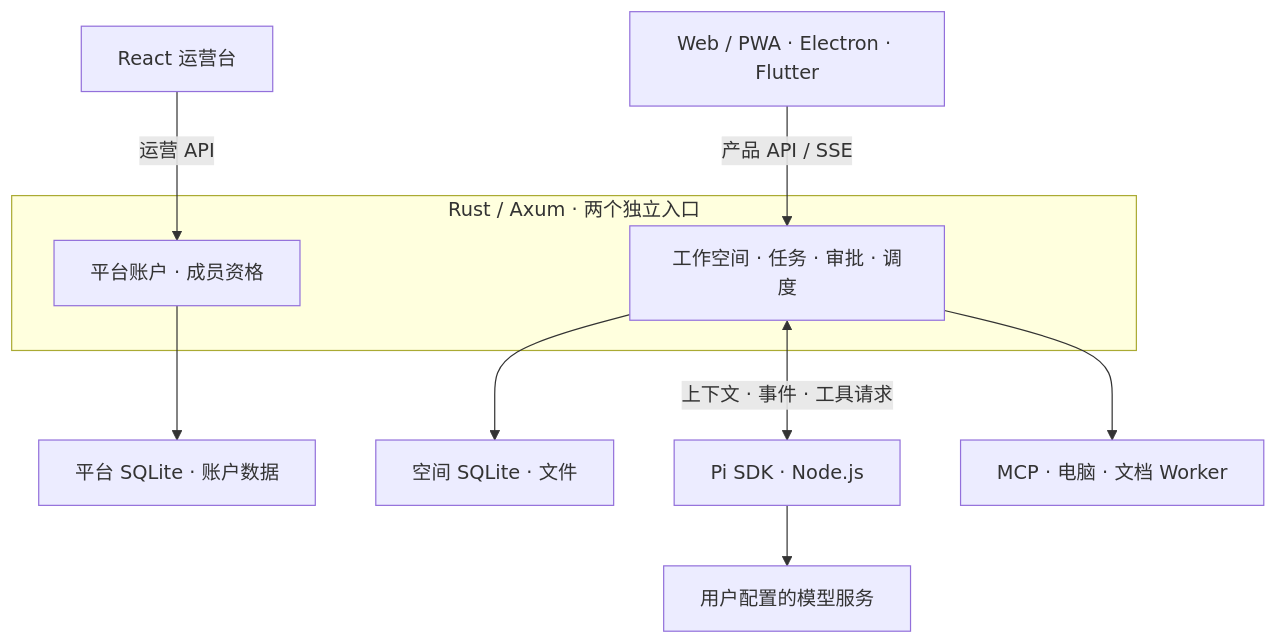
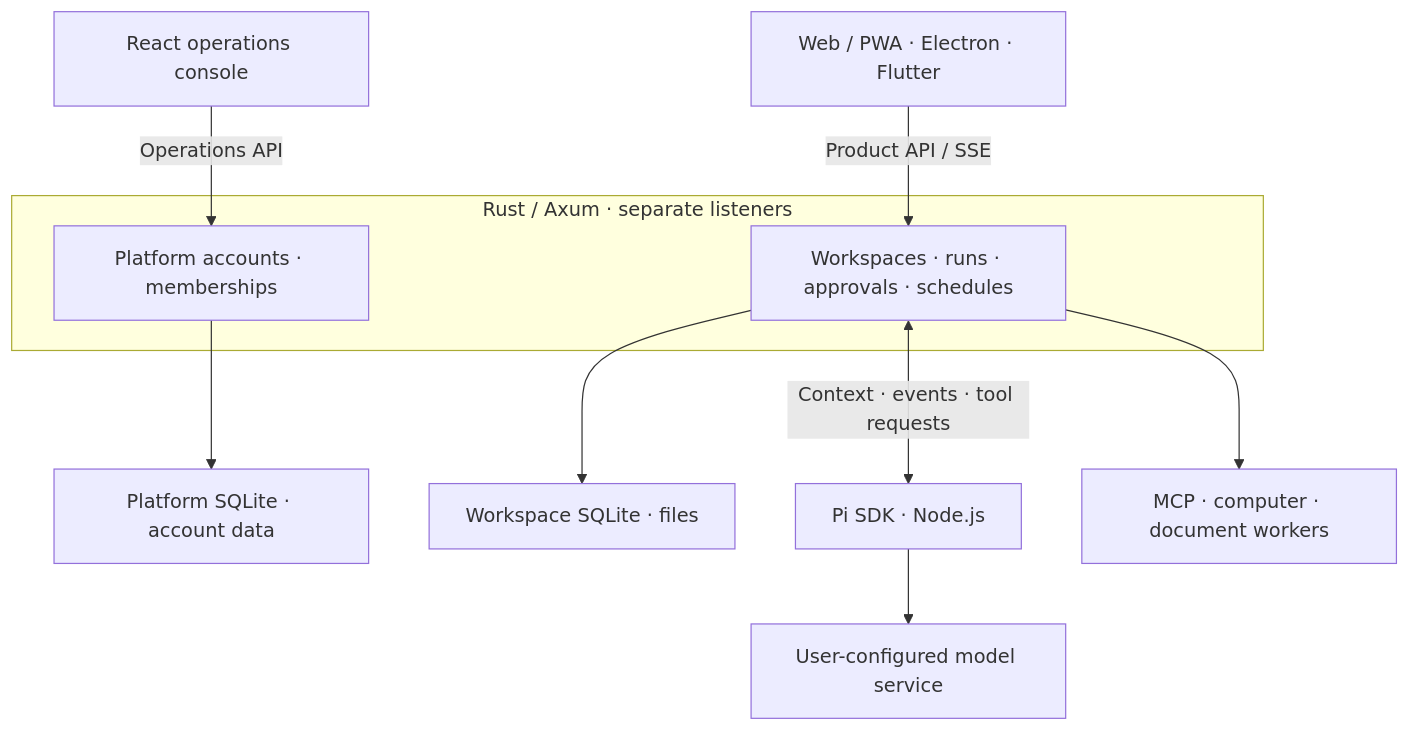
Before and after one commit to zhiruiai/BambooShift: the diagram in README.md, drawn with Mermaid. The commit also changed other lines of this file and 10 other files, not shown here.

````diff
--- a/README.md
+++ b/README.md
@@ -132,14 +132,14 @@
 ```mermaid
 flowchart TB
-    Clients["Web / PWA · Electron · Flutter"] -->|"产品 API / SSE"| Workspace
-    Operations["React 运营台"] -->|"运营 API"| Platform
-    subgraph Backend["Rust / Axum · 两个独立入口"]
-        Workspace["工作空间 · 任务 · 审批 · 调度"]
-        Platform["平台账户 · 成员资格"]
+    Clients["Web / PWA · Electron · Flutter"] -->|"Product API / SSE"| Workspace
+    Operations["React operations console"] -->|"Operations API"| Platform
+    subgraph Backend["Rust / Axum · separate listeners"]
+        Workspace["Workspaces · runs · approvals · schedules"]
+        Platform["Platform accounts · memberships"]
     end
-    Workspace --> WorkData["空间 SQLite · 文件"]
-    Platform --> Identity["平台 SQLite · 账户数据"]
-    Workspace <-->|"上下文 · 事件 · 工具请求"| Pi["Pi SDK · Node.js"]
-    Pi --> Model["用户配置的模型服务"]
-    Workspace --> Workers["MCP · 电脑 · 文档 Worker"]
+    Workspace --> WorkData["Workspace SQLite · files"]
+    Platform --> Identity["Platform SQLite · account data"]
+    Workspace <-->|"Context · events · tool requests"| Pi["Pi SDK · Node.js"]
+    Pi --> Model["User-configured model service"]
+    Workspace --> Workers["MCP · computer · document workers"]
 ```
````
